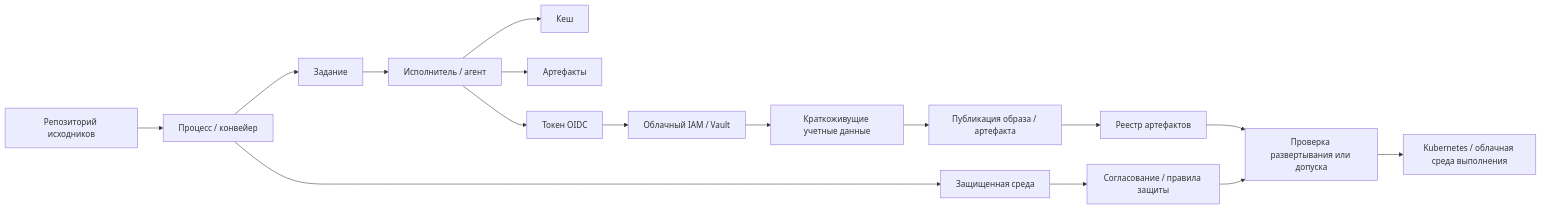
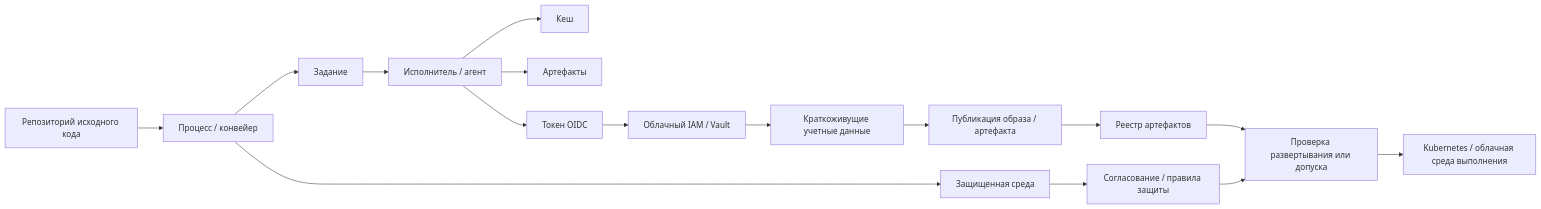
One commit to defrixx/defrixx.github.io changed the first of 17 diagrams in reference/infrastructure-technologies/infrastructure-technologies.ru.md. Above: the diagram before and after it, drawn with Mermaid. The commit also changed other lines of this file and 149 other files, not shown here.

````diff
--- a/reference/infrastructure-technologies/infrastructure-technologies.ru.md
+++ b/reference/infrastructure-technologies/infrastructure-technologies.ru.md
@@ -56,18 +59,18 @@
 ```mermaid
 flowchart LR
-  Repo["Репозиторий исходников"] --> Pipeline["Процесс / конвейер"]
+  Repo["Репозиторий исходного кода"] --> Pipeline["Процесс / конвейер"]
   Pipeline --> Job["Задание"]
   Job --> Runner["Исполнитель / агент"]
   Runner --> Cache["Кеш"]
   Runner --> Artifacts["Артефакты"]
   Runner --> OIDC["Токен OIDC"]
   OIDC --> Cloud["Облачный IAM / Vault"]
   Cloud --> TempCreds["Краткоживущие учетные данные"]
   TempCreds --> Publish["Публикация образа / артефакта"]
   Publish --> Registry["Реестр артефактов"]
   Pipeline --> Env["Защищенная среда"]
   Env --> Approval["Согласование / правила защиты"]
   Approval --> DeployGate["Проверка развертывания или допуска"]
   Registry --> DeployGate
   DeployGate --> Runtime["Kubernetes / облачная среда выполнения"]
 ```
````
